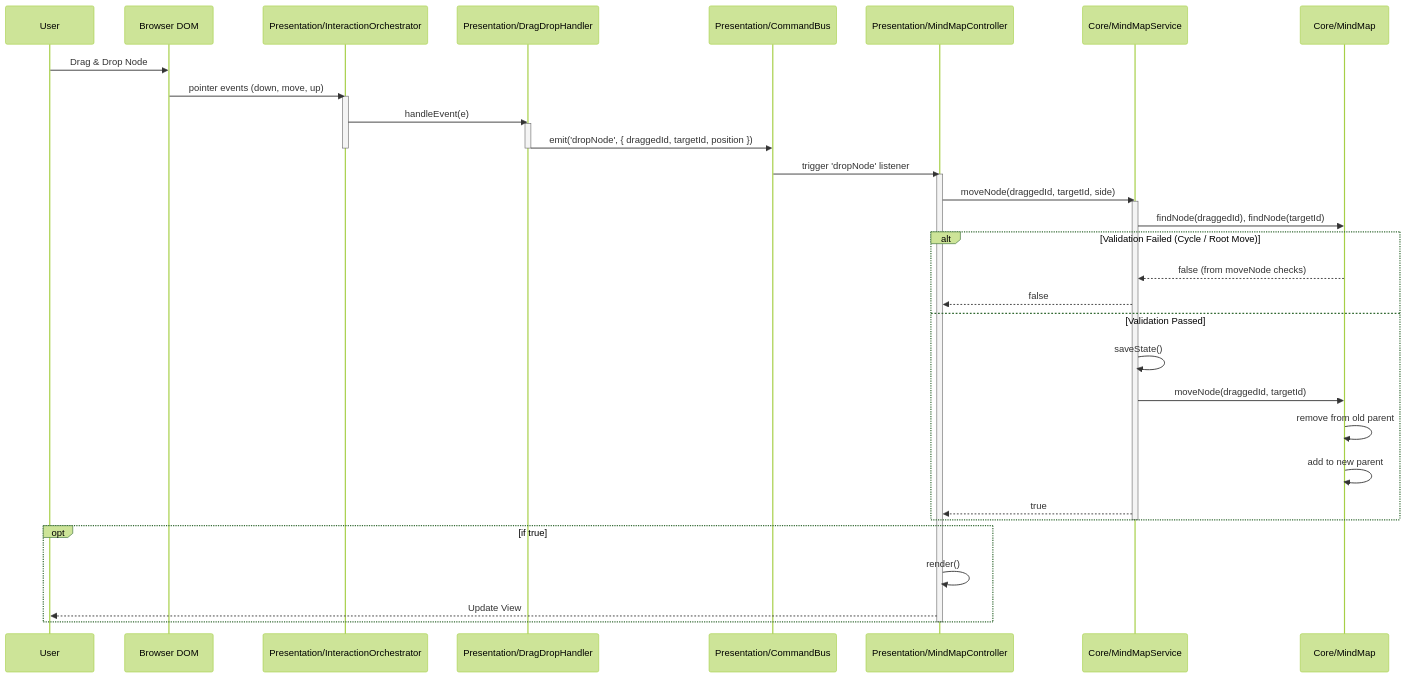
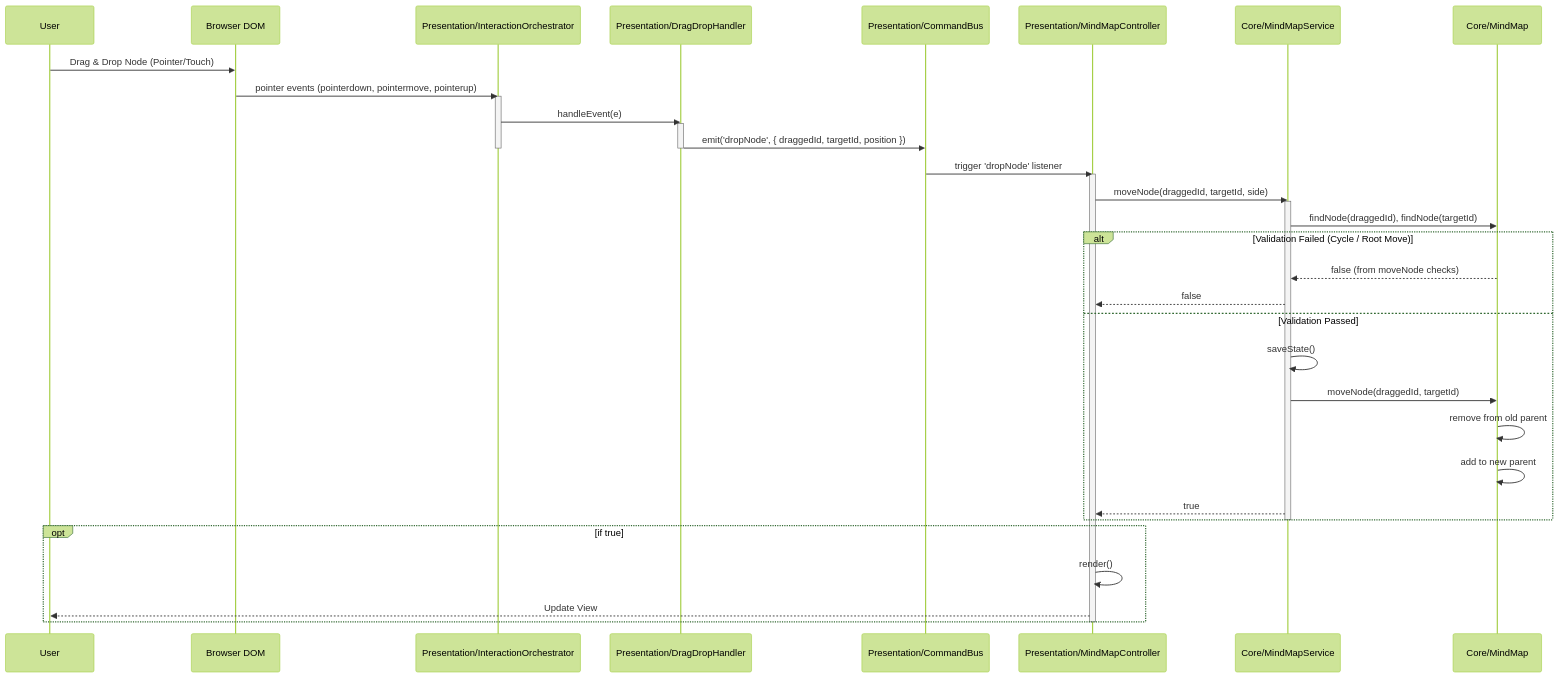
One commit to hiroooo000/kakidash changed the fifth of 7 diagrams in docs/SOFTWARE_ARCHITECTURE_ja.md. Above: the diagram before and after it, drawn with Mermaid (forest theme). The commit also changed 10 other files, not shown here.

Commit message:
feat(interaction): migrate drag and drop to pointer events (#89)

````diff
--- a/docs/SOFTWARE_ARCHITECTURE_ja.md
+++ b/docs/SOFTWARE_ARCHITECTURE_ja.md
@@ -319,46 +319,46 @@
 ```mermaid
 sequenceDiagram
     participant User
     participant DOM as Browser DOM
     participant Orch as Presentation/InteractionOrchestrator
     participant Handler as Presentation/DragDropHandler
     participant Bus as Presentation/CommandBus
     participant Controller as Presentation/MindMapController
     participant Service as Core/MindMapService
     participant Entity as Core/MindMap
 
-    User->>DOM: Drag & Drop Node
-    DOM->>Orch: pointer events (down, move, up)
+    User->>DOM: Drag & Drop Node (Pointer/Touch)
+    DOM->>Orch: pointer events (pointerdown, pointermove, pointerup)
     activate Orch
     Orch->>Handler: handleEvent(e)
     activate Handler
     Handler->>Bus: emit('dropNode', { draggedId, targetId, position })
     deactivate Handler
     deactivate Orch
 
     Bus->>Controller: trigger 'dropNode' listener
     activate Controller
 
     Controller->>Service: moveNode(draggedId, targetId, side)
     activate Service
 
     Service->>Entity: findNode(draggedId), findNode(targetId)
 
     alt Validation Failed (Cycle / Root Move)
         Entity-->>Service: false (from moveNode checks)
         Service-->>Controller: false
     else Validation Passed
         Service->>Service: saveState()
         Service->>Entity: moveNode(draggedId, targetId)
         Entity->>Entity: remove from old parent
         Entity->>Entity: add to new parent
         Service-->>Controller: true
     end
     deactivate Service
 
     opt if true
         Controller->>Controller: render()
         Controller-->>User: Update View
     end
     deactivate Controller
 ```
````
